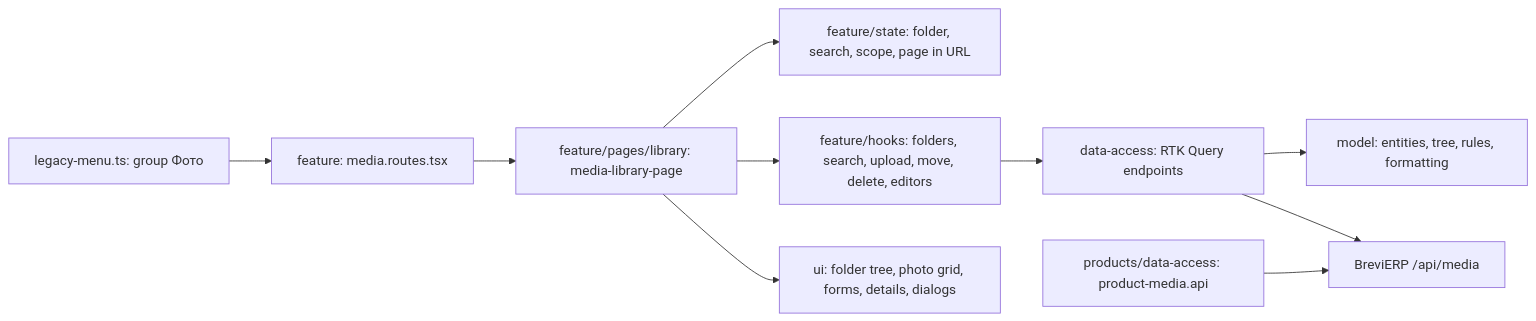
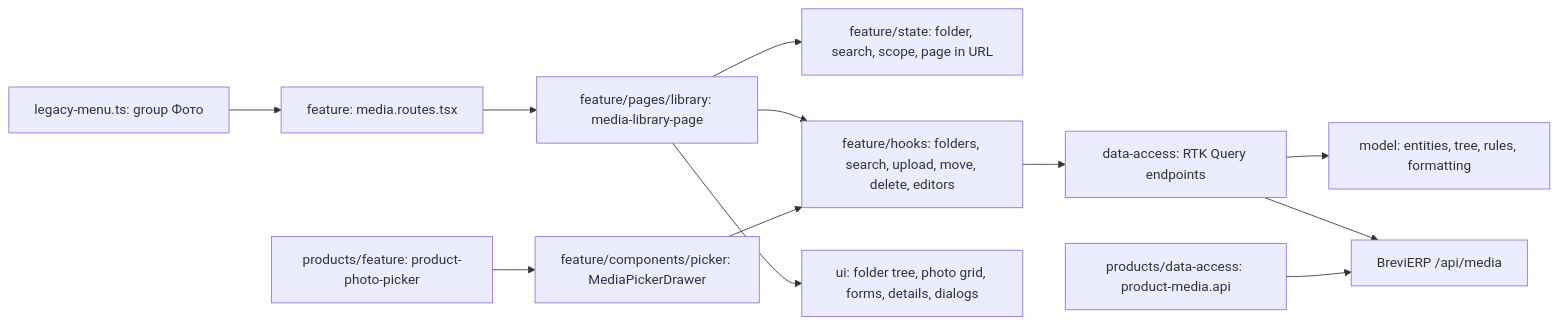
Before and after one commit to Weretik/brevi-web: the diagram in docs/features/admin/media.md, drawn with Mermaid. The commit also changed other lines of this file and 32 other files, not shown here.

First line of the commit message:
feat(admin-media): toasts, drag-and-drop, previews and «Вибрати фото» picker (MED-001 stages 3–4) (#34)

````diff
--- a/docs/features/admin/media.md
+++ b/docs/features/admin/media.md
@@ -9,12 +9,14 @@
 ```mermaid
 flowchart LR
   Menu["legacy-menu.ts: group Фото"] --> Routes["feature: media.routes.tsx"]
   Routes --> Page["feature/pages/library: media-library-page"]
   Page --> State["feature/state: folder, search, scope, page in URL"]
   Page --> Hooks["feature/hooks: folders, search, upload, move, delete, editors"]
   Page --> UI["ui: folder tree, photo grid, forms, details, dialogs"]
   Hooks --> DataAccess["data-access: RTK Query endpoints"]
   DataAccess --> Model["model: entities, tree, rules, formatting"]
   DataAccess --> API["BreviERP /api/media"]
   Products["products/data-access: product-media.api"] --> API
+  ProductCard["products/feature: product-photo-picker"] --> Picker["feature/components/picker: MediaPickerDrawer"]
+  Picker --> Hooks
 ```
````
